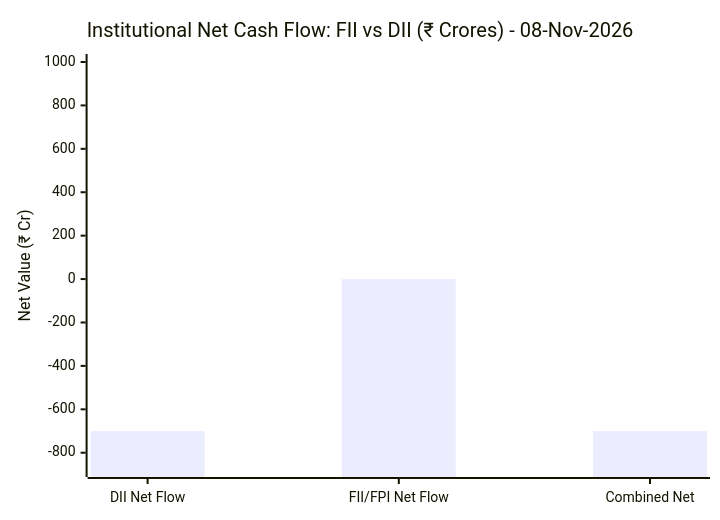
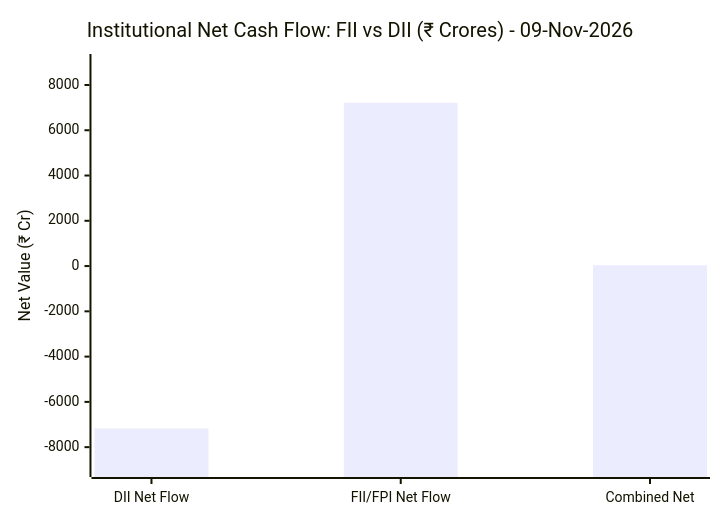
Before and after one commit to purnareddy9/dev: the diagram in market-intelligence/README.md, drawn with Mermaid. The commit also changed other lines of this file and 3 other files, not shown here.

````diff
--- a/market-intelligence/README.md
+++ b/market-intelligence/README.md
@@ -65,7 +65,7 @@
 ```mermaid
 xychart-beta
-    title "Institutional Net Cash Flow: FII vs DII (₹ Crores) - 08-Nov-2026"
+    title "Institutional Net Cash Flow: FII vs DII (₹ Crores) - 09-Nov-2026"
     x-axis ["DII Net Flow", "FII/FPI Net Flow", "Combined Net"]
-    y-axis "Net Value (₹ Cr)" -875 --> 1000
-    bar [-700.31, -0.25, -700.56]
+    y-axis "Net Value (₹ Cr)" -8965 --> 9015
+    bar [-7172.53, 7212.22, 39.69]
 ```
````
